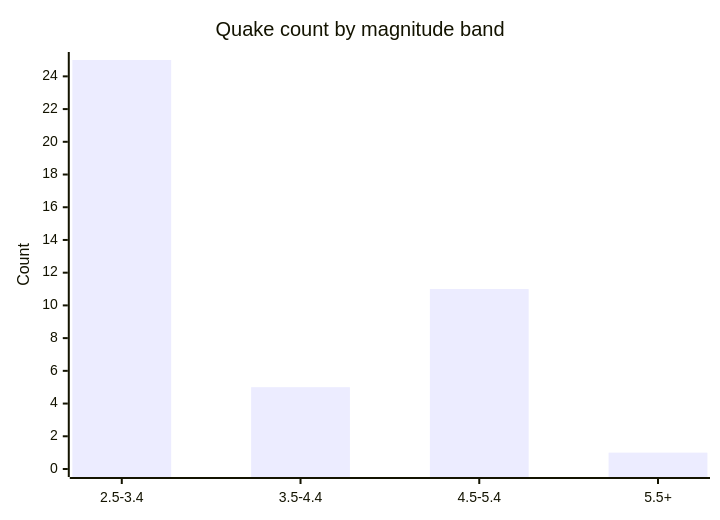
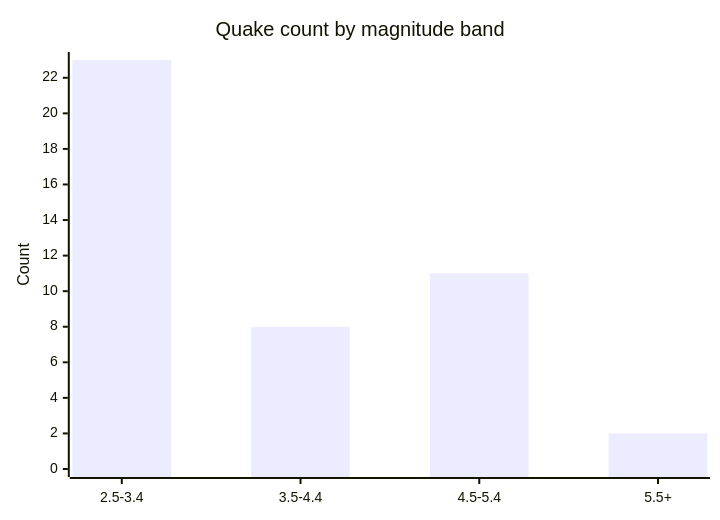
Before and after one commit to Midwest-Stratospheric/aerostratospheric-defense-gir: the fifth of 6 diagrams in docs/GRAPHS.md, drawn with Mermaid. The commit also changed other lines of this file and 25 other files, not shown here.

````diff
--- a/docs/GRAPHS.md
+++ b/docs/GRAPHS.md
@@ -82,7 +82,7 @@
 ```mermaid
 xychart-beta
   title "Quake count by magnitude band"
   x-axis ["2.5-3.4", "3.5-4.4", "4.5-5.4", "5.5+"]
-  y-axis "Count" 0 --> 25
-  bar [25, 5, 11, 1]
+  y-axis "Count" 0 --> 23
+  bar [23, 8, 11, 2]
 ```
````
